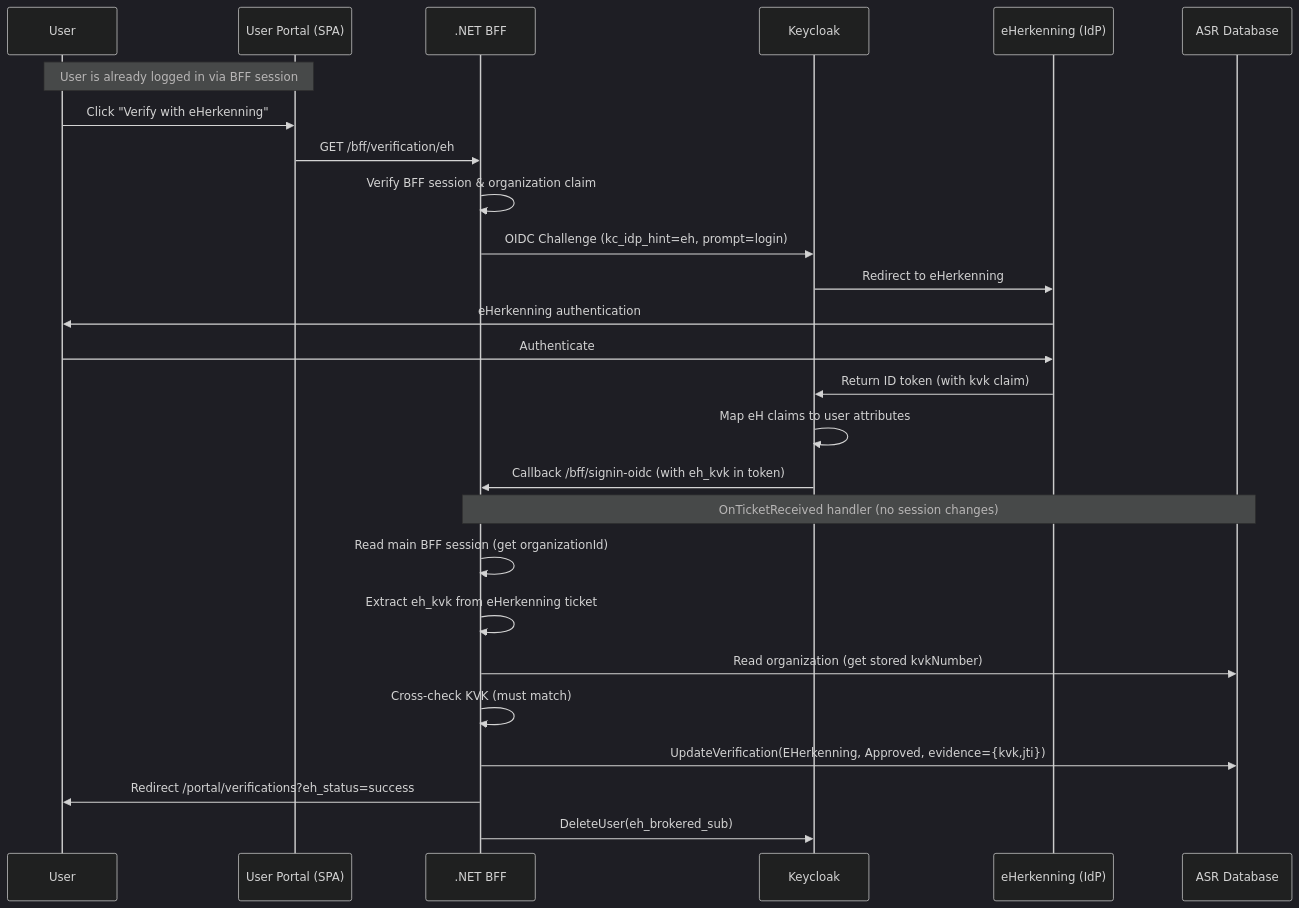
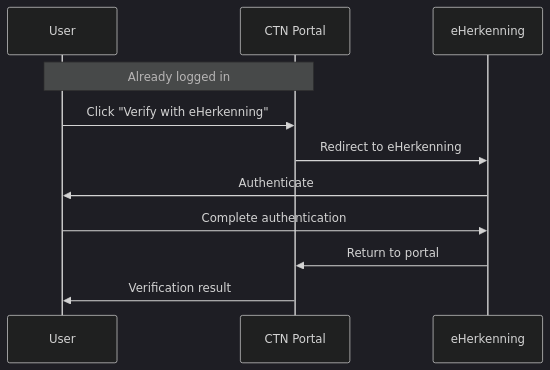
Before and after one commit to POORT8/Poort8.Docs: the diagram in ctn/eh-verification.md, drawn with Mermaid (dark theme). The commit also changed other lines of this file and 7 other files, not shown here.

````diff
--- a/ctn/eh-verification.md
+++ b/ctn/eh-verification.md
@@ -20,32 +15,15 @@
 ```mermaid
 sequenceDiagram
     participant User
-    participant SPA as User Portal (SPA)
-    participant BFF as .NET BFF
-    participant KC as Keycloak
-    participant eH as eHerkenning (IdP)
-    participant ASR as ASR Database
+    participant Portal as CTN Portal
+    participant eH as eHerkenning
 
-    Note over User, SPA: User is already logged in via BFF session
+    Note over User, Portal: Already logged in
 
-    User->>SPA: Click "Verify with eHerkenning"
-    SPA->>BFF: GET /bff/verification/eh
-    BFF->>BFF: Verify BFF session & organization claim
-    BFF->>KC: OIDC Challenge (kc_idp_hint=eh, prompt=login)
-    KC->>eH: Redirect to eHerkenning
-    eH->>User: eHerkenning authentication
-    User->>eH: Authenticate
-    eH->>KC: Return ID token (with kvk claim)
-    KC->>KC: Map eH claims to user attributes
-    KC->>BFF: Callback /bff/signin-oidc (with eh_kvk in token)
-
-    Note over BFF, ASR: OnTicketReceived handler (no session changes)
-
-    BFF->>BFF: Read main BFF session (get organizationId)
-    BFF->>BFF: Extract eh_kvk from eHerkenning ticket
-    BFF->>ASR: Read organization (get stored kvkNumber)
-    BFF->>BFF: Cross-check KVK (must match)
-    BFF->>ASR: UpdateVerification(EHerkenning, Approved, evidence={kvk,jti})
-    BFF->>User: Redirect /portal/verifications?eh_status=success
-    BFF->>KC: DeleteUser(eh_brokered_sub)
+    User->>Portal: Click "Verify with eHerkenning"
+    Portal->>eH: Redirect to eHerkenning
+    eH->>User: Authenticate
+    User->>eH: Complete authentication
+    eH->>Portal: Return to portal
+    Portal->>User: Verification result
 ```
````
